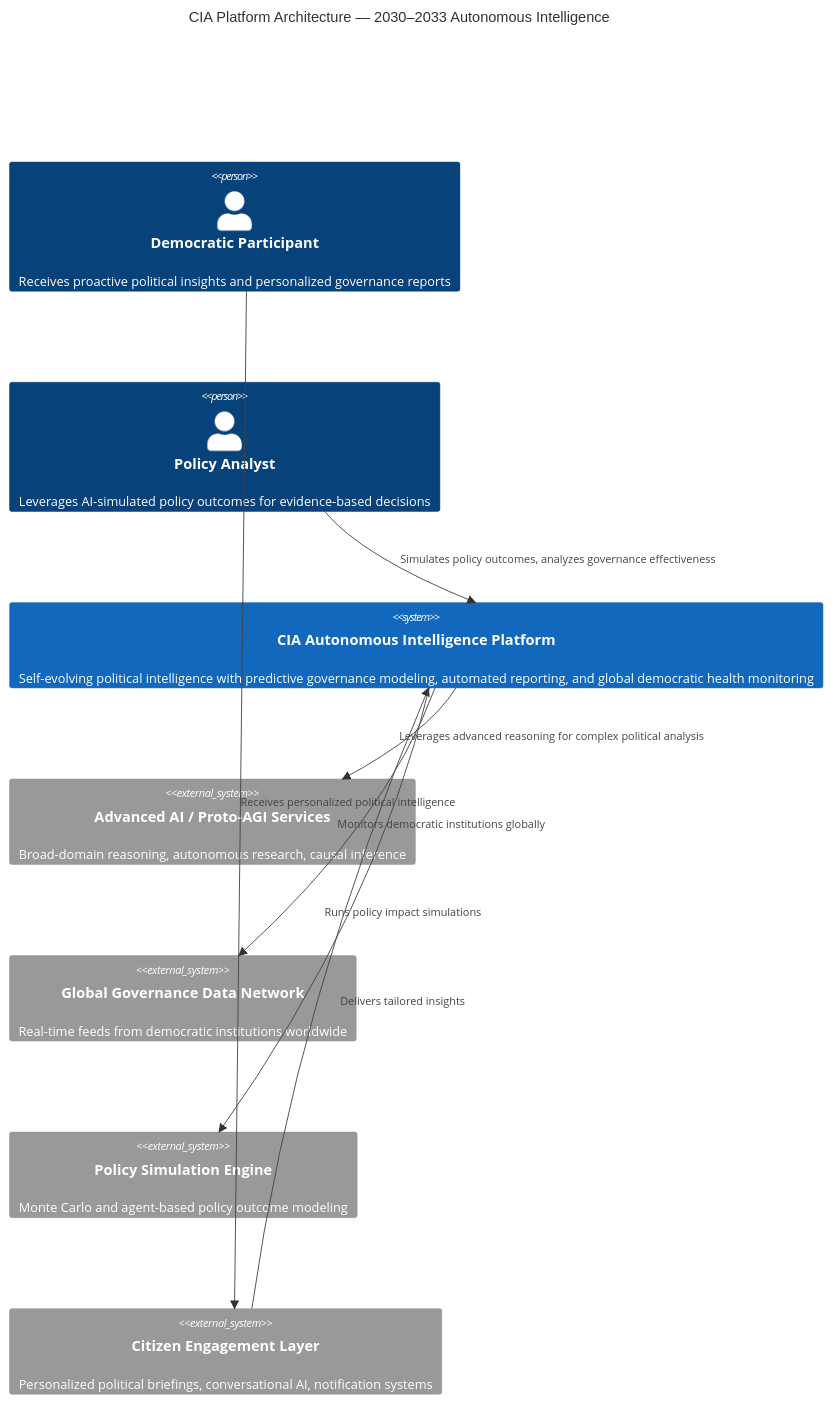
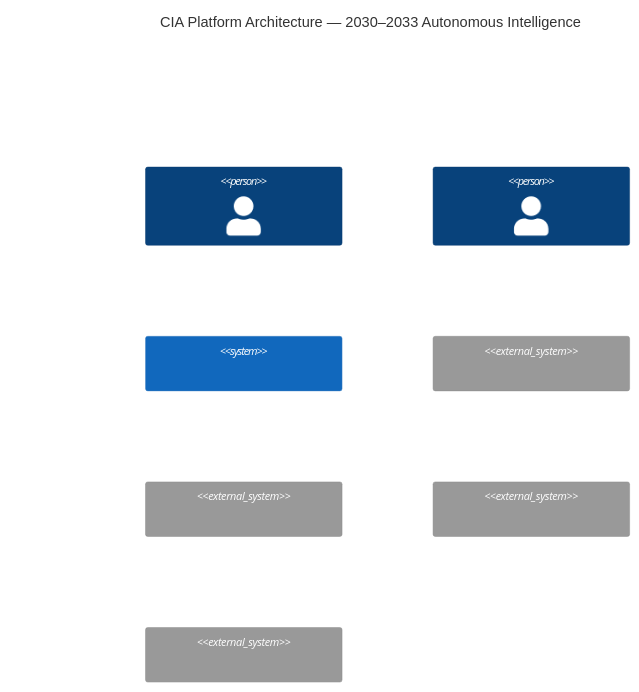
Before and after one commit to Hack23/cia: the fourth of 6 diagrams in FUTURE_ARCHITECTURE.md, drawn with Mermaid. The commit also changed other lines of this file and 54 other files, not shown here.

Commit message:
Quote mermaid node labels with icons/specials and add validation tooling

````diff
--- a/FUTURE_ARCHITECTURE.md
+++ b/FUTURE_ARCHITECTURE.md
@@ -178,23 +178,23 @@
 ```mermaid
 C4Context
   title CIA Platform Architecture — 2030–2033 Autonomous Intelligence
 
-  Person(citizen, "Democratic Participant", "Receives proactive political insights and personalized governance reports")
-  Person(policymaker, "Policy Analyst", "Leverages AI-simulated policy outcomes for evidence-based decisions")
+  Person("citizen, #quot;Democratic Participant#quot;, #quot;Receives proactive political insights and personalized governance reports#quot;")
+  Person("policymaker, #quot;Policy Analyst#quot;, #quot;Leverages AI-simulated policy outcomes for evidence-based decisions#quot;")
 
-  System(cia, "CIA Autonomous Intelligence Platform", "Self-evolving political intelligence with predictive governance modeling, automated reporting, and global democratic health monitoring")
+  System("cia, #quot;CIA Autonomous Intelligence Platform#quot;, #quot;Self-evolving political intelligence with predictive governance modeling, automated reporting, and global democratic health monitoring#quot;")
 
-  System_Ext(agiServices, "Advanced AI / Proto-AGI Services", "Broad-domain reasoning, autonomous research, causal inference")
-  System_Ext(globalGov, "Global Governance Data Network", "Real-time feeds from democratic institutions worldwide")
-  System_Ext(simulation, "Policy Simulation Engine", "Monte Carlo and agent-based policy outcome modeling")
-  System_Ext(citizenInterface, "Citizen Engagement Layer", "Personalized political briefings, conversational AI, notification systems")
+  System_Ext("agiServices, #quot;Advanced AI / Proto-AGI Services#quot;, #quot;Broad-domain reasoning, autonomous research, causal inference#quot;")
+  System_Ext("globalGov, #quot;Global Governance Data Network#quot;, #quot;Real-time feeds from democratic institutions worldwide#quot;")
+  System_Ext("simulation, #quot;Policy Simulation Engine#quot;, #quot;Monte Carlo and agent-based policy outcome modeling#quot;")
+  System_Ext("citizenInterface, #quot;Citizen Engagement Layer#quot;, #quot;Personalized political briefings, conversational AI, notification systems#quot;")
 
-  Rel(citizen, citizenInterface, "Receives personalized political intelligence")
-  Rel(citizenInterface, cia, "Delivers tailored insights")
-  Rel(policymaker, cia, "Simulates policy outcomes, analyzes governance effectiveness")
-  Rel(cia, agiServices, "Leverages advanced reasoning for complex political analysis")
-  Rel(cia, globalGov, "Monitors democratic institutions globally")
-  Rel(cia, simulation, "Runs policy impact simulations")
+  Rel("citizen, citizenInterface, #quot;Receives personalized political intelligence#quot;")
+  Rel("citizenInterface, cia, #quot;Delivers tailored insights#quot;")
+  Rel("policymaker, cia, #quot;Simulates policy outcomes, analyzes governance effectiveness#quot;")
+  Rel("cia, agiServices, #quot;Leverages advanced reasoning for complex political analysis#quot;")
+  Rel("cia, globalGov, #quot;Monitors democratic institutions globally#quot;")
+  Rel("cia, simulation, #quot;Runs policy impact simulations#quot;")
 
-  UpdateLayoutConfig($c4ShapeInRow="3", $c4BoundaryInRow="1")
+  UpdateLayoutConfig("$c4ShapeInRow=#quot;3#quot;, $c4BoundaryInRow=#quot;1#quot;")
 ```
````
